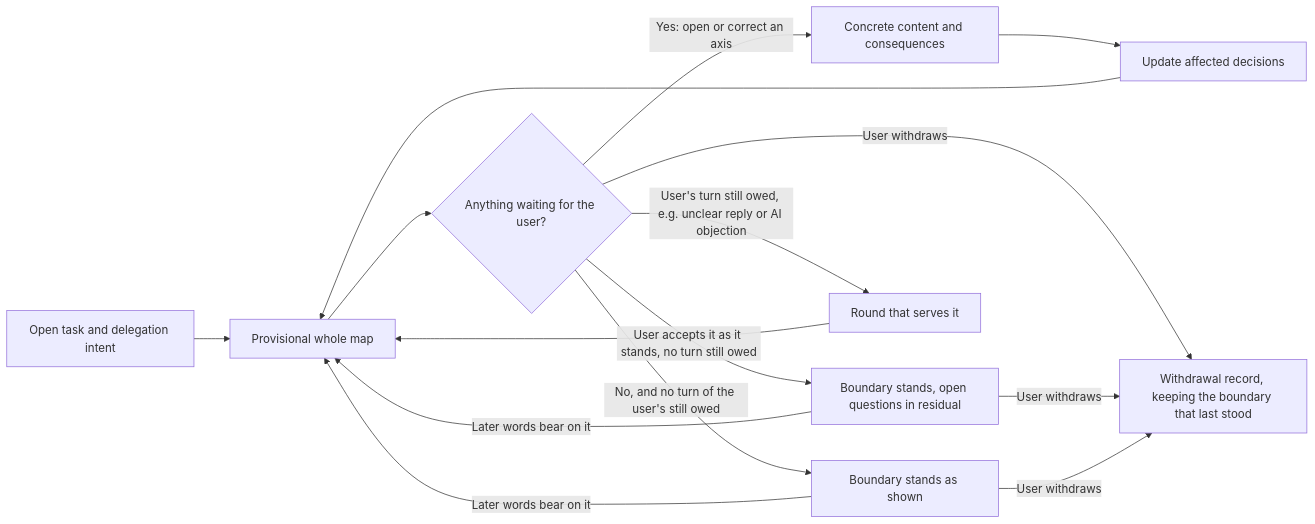
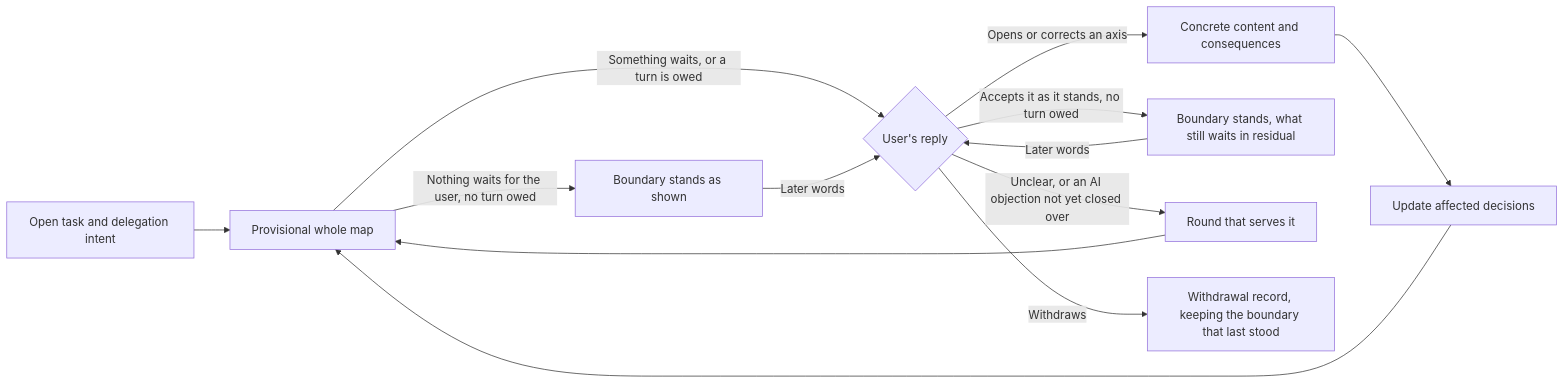
The diagram in horismos/README.md (jongwony/epistemic-protocols), drawn with Mermaid before and after one commit. The commit also changed other lines of this file and 3 other files, not shown here.

````diff
--- a/horismos/README.md
+++ b/horismos/README.md
@@ -9,17 +9,15 @@
 ```mermaid
 flowchart LR
     A[Open task and delegation intent] --> B[Provisional whole map]
-    B --> C{Anything waiting for the user?}
-    C -->|Yes: open or correct an axis| D[Concrete content and consequences]
+    B -->|Nothing waits for the user, no turn owed| G[Boundary stands as shown]
+    B -->|Something waits, or a turn is owed| C{User's reply}
+    C -->|Opens or corrects an axis| D[Concrete content and consequences]
     D --> E[Update affected decisions]
     E --> B
-    C -->|User accepts it as it stands, no turn still owed| F[Boundary stands, open questions in residual]
-    C -->|No, and no turn of the user's still owed| G[Boundary stands as shown]
-    C -->|User's turn still owed, e.g. unclear reply or AI objection| H[Round that serves it]
+    C -->|Accepts it as it stands, no turn owed| F[Boundary stands, what still waits in residual]
+    C -->|Unclear, or an AI objection not yet closed over| H[Round that serves it]
     H --> B
-    C -->|User withdraws| W[Withdrawal record, keeping the boundary that last stood]
-    F -->|Later words bear on it| B
-    G -->|Later words bear on it| B
-    F -->|User withdraws| W
-    G -->|User withdraws| W
+    C -->|Withdraws| W[Withdrawal record, keeping the boundary that last stood]
+    F -->|Later words| C
+    G -->|Later words| C
 ```
````
